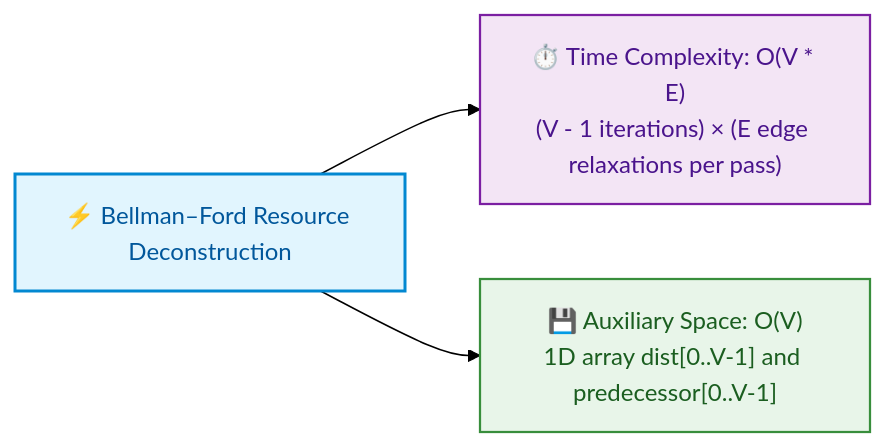
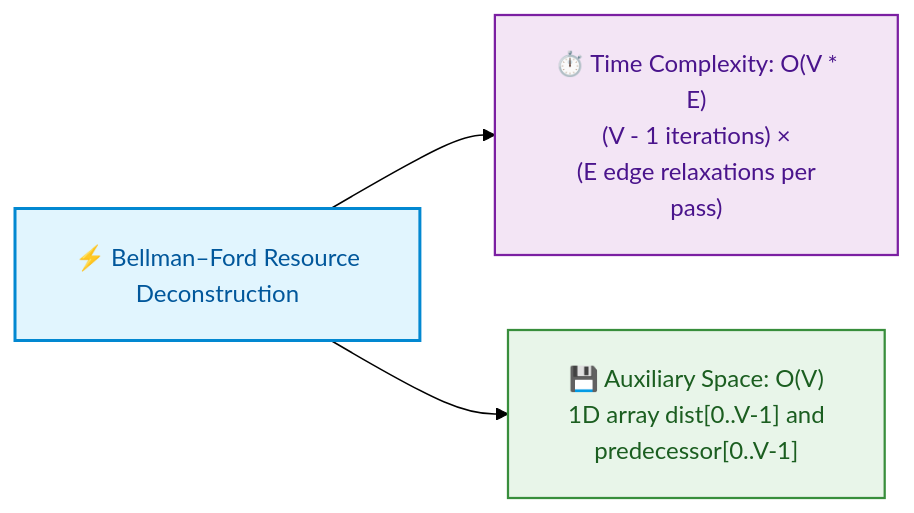
Before and after one commit to dip4k/DSA_102: the eighth of 15 diagrams in week_09_graph_algorithms_i/Week_09_Visual_Concepts_Playbook_HYBRID.md, drawn with Mermaid (forest theme). The commit also changed other lines of this file and 108 other files, not shown here.

First line of the commit message:
fix(mermaid): resolve diagram clipping, padding, and syntax issues across repo

````diff
--- a/week_09_graph_algorithms_i/Week_09_Visual_Concepts_Playbook_HYBRID.md
+++ b/week_09_graph_algorithms_i/Week_09_Visual_Concepts_Playbook_HYBRID.md
@@ -278,10 +285,11 @@
 ```mermaid
+%%{init: {"flowchart": {"htmlLabels": true, "padding": 20}}}%%
 flowchart LR
     classDef box fill:#e1f5fe,stroke:#0288d1,color:#01579b,stroke-width:2px;
     classDef time fill:#f3e5f5,stroke:#7b1fa2,color:#4a148c,stroke-width:1.5px;
     classDef space fill:#e8f5e9,stroke:#388e3c,color:#1b5e20,stroke-width:1.5px;
 
-    BF["⚡ Bellman–Ford Resource Deconstruction"]:::box
-    BF --> T["⏱️ Time Complexity: O(V * E)<br/>(V - 1 iterations) × (E edge relaxations per pass)"]:::time
-    BF --> S["💾 Auxiliary Space: O(V)<br/>1D array dist[0..V-1] and predecessor[0..V-1]"]:::space
+    BF["⚡ Bellman–Ford Resource<br/>Deconstruction"]:::box
+    BF --> T["⏱️ Time Complexity: O(V *<br/>E)<br/>(V - 1 iterations) ×<br/>(E edge relaxations per<br/>pass)"]:::time
+    BF --> S["💾 Auxiliary Space: O(V)<br/>1D array dist[0..V-1] and<br/>predecessor[0..V-1]"]:::space
 ```
````
